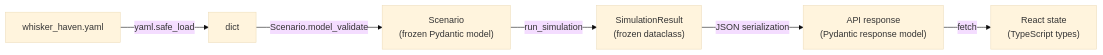
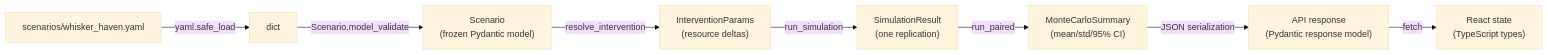
Before and after one commit to ricardogr07/shelter-pulse: the fourth of 4 diagrams in docs/architecture/data-flow.md, drawn with Mermaid (base theme). The commit also changed other lines of this file and 40 other files, not shown here.

````diff
--- a/docs/architecture/data-flow.md
+++ b/docs/architecture/data-flow.md
@@ -54,8 +71,10 @@
 ```mermaid
 graph LR
-  yaml["whisker_haven.yaml"] -->|yaml.safe_load| raw["dict"]
-  raw -->|Scenario.model_validate| model["Scenario\n(frozen Pydantic model)"]
-  model -->|run_simulation| result["SimulationResult\n(frozen dataclass)"]
-  result -->|JSON serialization| api_resp["API response\n(Pydantic response model)"]
-  api_resp -->|fetch| ui_state["React state\n(TypeScript types)"]
+    yaml["scenarios/whisker_haven.yaml"] -->|yaml.safe_load| raw["dict"]
+    raw -->|Scenario.model_validate| model["Scenario\n(frozen Pydantic model)"]
+    model -->|resolve_intervention| ip["InterventionParams\n(resource deltas)"]
+    ip -->|run_simulation| result["SimulationResult\n(one replication)"]
+    result -->|run_paired| mc["MonteCarloSummary\n(mean/std/95% CI)"]
+    mc -->|JSON serialization| resp["API response\n(Pydantic response model)"]
+    resp -->|fetch| ui["React state\n(TypeScript types)"]
 ```
````
